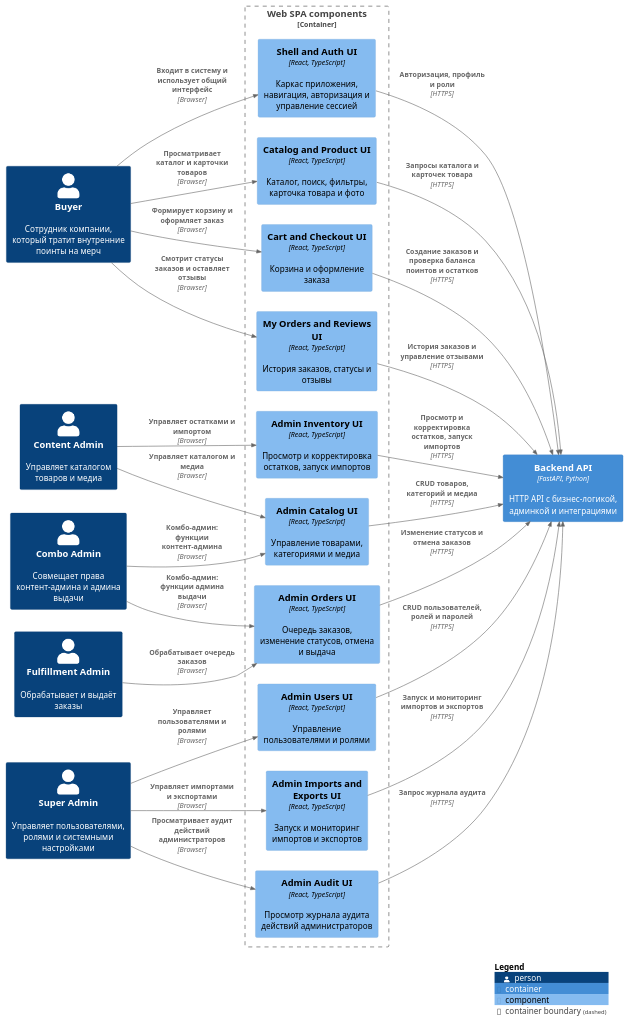
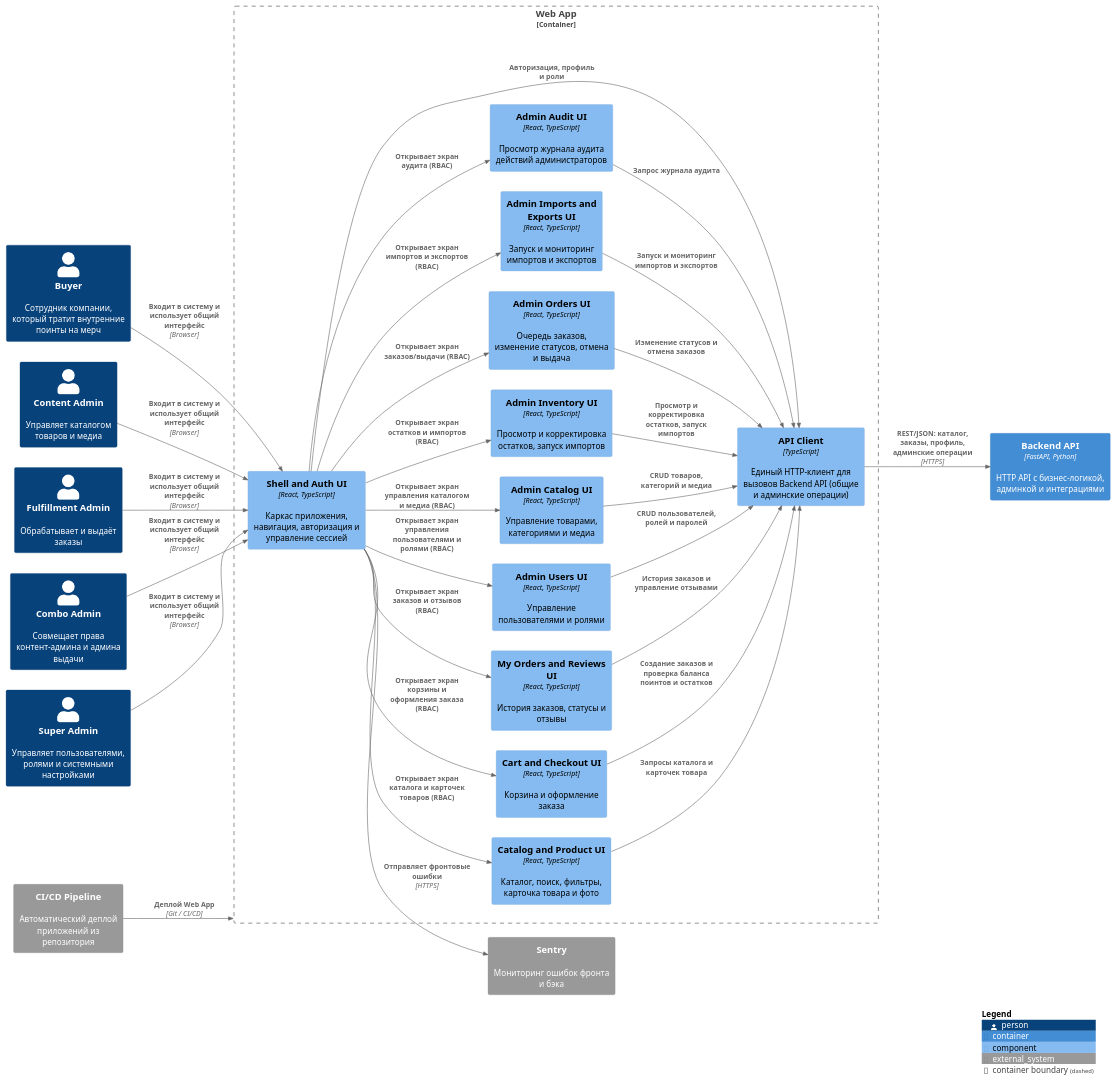
One commit to saurusel/PAPS_labs_MAOlenin changed the diagram in Lab Work № 2/PlantUML/c4_components_frontend.puml. Above: the diagram before and after it, drawn with PlantUML. The commit also changed 3 other files, not shown here.

Commit message:
fix(c4): align PlantUML sources across levels

```diff
--- a/Lab Work № 2/PlantUML/c4_components_frontend.puml
+++ b/Lab Work № 2/PlantUML/c4_components_frontend.puml
@@ -1,56 +1,65 @@
 @startuml C4_Components_Frontend
 !includeurl https://raw.githubusercontent.com/plantuml-stdlib/C4-PlantUML/master/C4_Component.puml
 
 LAYOUT_LEFT_RIGHT()
 
 Person(buyer, "Buyer", "Сотрудник компании, который тратит внутренние поинты на мерч")
 Person(content_admin, "Content Admin", "Управляет каталогом товаров и медиа")
 Person(fulfillment_admin, "Fulfillment Admin", "Обрабатывает и выдаёт заказы")
 Person(combo_admin, "Combo Admin", "Совмещает права контент-админа и админа выдачи")
 Person(super_admin, "Super Admin", "Управляет пользователями, ролями и системными настройками")
 
 Container(api_app, "Backend API", "FastAPI, Python", "HTTP API с бизнес-логикой, админкой и интеграциями")
 
-Container_Boundary(frontend_boundary, "Web SPA components") {
+System_Ext(sentry, "Sentry", "Мониторинг ошибок фронта и бэка")
+System_Ext(ci_cd, "CI/CD Pipeline", "Автоматический деплой приложений из репозитория")
+
+Container_Boundary(web_app, "Web App") {
     Component(shell_ui, "Shell and Auth UI", "React, TypeScript", "Каркас приложения, навигация, авторизация и управление сессией")
     Component(catalog_ui, "Catalog and Product UI", "React, TypeScript", "Каталог, поиск, фильтры, карточка товара и фото")
     Component(cart_ui, "Cart and Checkout UI", "React, TypeScript", "Корзина и оформление заказа")
     Component(orders_ui, "My Orders and Reviews UI", "React, TypeScript", "История заказов, статусы и отзывы")
+    
     Component(admin_users_ui, "Admin Users UI", "React, TypeScript", "Управление пользователями и ролями")
     Component(admin_catalog_ui, "Admin Catalog UI", "React, TypeScript", "Управление товарами, категориями и медиа")
     Component(admin_inventory_ui, "Admin Inventory UI", "React, TypeScript", "Просмотр и корректировка остатков, запуск импортов")
     Component(admin_orders_ui, "Admin Orders UI", "React, TypeScript", "Очередь заказов, изменение статусов, отмена и выдача")
     Component(admin_imports_exports_ui, "Admin Imports and Exports UI", "React, TypeScript", "Запуск и мониторинг импортов и экспортов")
     Component(admin_audit_ui, "Admin Audit UI", "React, TypeScript", "Просмотр журнала аудита действий администраторов")
+    Component(api_client, "API Client", "TypeScript", "Единый HTTP-клиент для вызовов Backend API (общие и админские операции)")
 }
 
 Rel(buyer, shell_ui, "Входит в систему и использует общий интерфейс", "Browser")
-Rel(buyer, catalog_ui, "Просматривает каталог и карточки товаров", "Browser")
-Rel(buyer, cart_ui, "Формирует корзину и оформляет заказ", "Browser")
-Rel(buyer, orders_ui, "Смотрит статусы заказов и оставляет отзывы", "Browser")
+Rel(content_admin, shell_ui, "Входит в систему и использует общий интерфейс", "Browser")
+Rel(fulfillment_admin, shell_ui, "Входит в систему и использует общий интерфейс", "Browser")
+Rel(combo_admin, shell_ui, "Входит в систему и использует общий интерфейс", "Browser")
+Rel(super_admin, shell_ui, "Входит в систему и использует общий интерфейс", "Browser")
 
-Rel(content_admin, admin_catalog_ui, "Управляет каталогом и медиа", "Browser")
-Rel(content_admin, admin_inventory_ui, "Управляет остатками и импортом", "Browser")
+Rel(shell_ui, catalog_ui, "Открывает экран каталога и карточек товаров (RBAC)")
+Rel(shell_ui, cart_ui, "Открывает экран корзины и оформления заказа (RBAC)")
+Rel(shell_ui, orders_ui, "Открывает экран заказов и отзывов (RBAC)")
+Rel(shell_ui, admin_users_ui, "Открывает экран управления пользователями и ролями (RBAC)")
+Rel(shell_ui, admin_catalog_ui, "Открывает экран управления каталогом и медиа (RBAC)")
+Rel(shell_ui, admin_inventory_ui, "Открывает экран остатков и импортов (RBAC)")
+Rel(shell_ui, admin_orders_ui, "Открывает экран заказов/выдачи (RBAC)")
+Rel(shell_ui, admin_imports_exports_ui, "Открывает экран импортов и экспортов (RBAC)")
+Rel(shell_ui, admin_audit_ui, "Открывает экран аудита (RBAC)")
 
-Rel(fulfillment_admin, admin_orders_ui, "Обрабатывает очередь заказов", "Browser")
+Rel(shell_ui, api_client, "Авторизация, профиль и роли")
+Rel(catalog_ui, api_client, "Запросы каталога и карточек товара")
+Rel(cart_ui, api_client, "Создание заказов и проверка баланса поинтов и остатков")
+Rel(orders_ui, api_client, "История заказов и управление отзывами")
+Rel(admin_users_ui, api_client, "CRUD пользователей, ролей и паролей")
+Rel(admin_catalog_ui, api_client, "CRUD товаров, категорий и медиа")
+Rel(admin_inventory_ui, api_client, "Просмотр и корректировка остатков, запуск импортов")
+Rel(admin_orders_ui, api_client, "Изменение статусов и отмена заказов")
+Rel(admin_imports_exports_ui, api_client, "Запуск и мониторинг импортов и экспортов")
+Rel(admin_audit_ui, api_client, "Запрос журнала аудита")
 
-Rel(combo_admin, admin_catalog_ui, "Комбо-админ: функции контент-админа", "Browser")
-Rel(combo_admin, admin_orders_ui, "Комбо-админ: функции админа выдачи", "Browser")
+Rel(api_client, api_app, "REST/JSON: каталог, заказы, профиль, админские операции", "HTTPS")
 
-Rel(super_admin, admin_users_ui, "Управляет пользователями и ролями", "Browser")
-Rel(super_admin, admin_imports_exports_ui, "Управляет импортами и экспортами", "Browser")
-Rel(super_admin, admin_audit_ui, "Просматривает аудит действий администраторов", "Browser")
-
-Rel(shell_ui, api_app, "Авторизация, профиль и роли", "HTTPS")
-Rel(catalog_ui, api_app, "Запросы каталога и карточек товара", "HTTPS")
-Rel(cart_ui, api_app, "Создание заказов и проверка баланса поинтов и остатков", "HTTPS")
-Rel(orders_ui, api_app, "История заказов и управление отзывами", "HTTPS")
-Rel(admin_users_ui, api_app, "CRUD пользователей, ролей и паролей", "HTTPS")
-Rel(admin_catalog_ui, api_app, "CRUD товаров, категорий и медиа", "HTTPS")
-Rel(admin_inventory_ui, api_app, "Просмотр и корректировка остатков, запуск импортов", "HTTPS")
-Rel(admin_orders_ui, api_app, "Изменение статусов и отмена заказов", "HTTPS")
-Rel(admin_imports_exports_ui, api_app, "Запуск и мониторинг импортов и экспортов", "HTTPS")
-Rel(admin_audit_ui, api_app, "Запрос журнала аудита", "HTTPS")
+Rel(shell_ui, sentry, "Отправляет фронтовые ошибки", "HTTPS")
+Rel(ci_cd, web_app, "Деплой Web App", "Git / CI/CD")
 
 SHOW_LEGEND()
 @enduml
```
